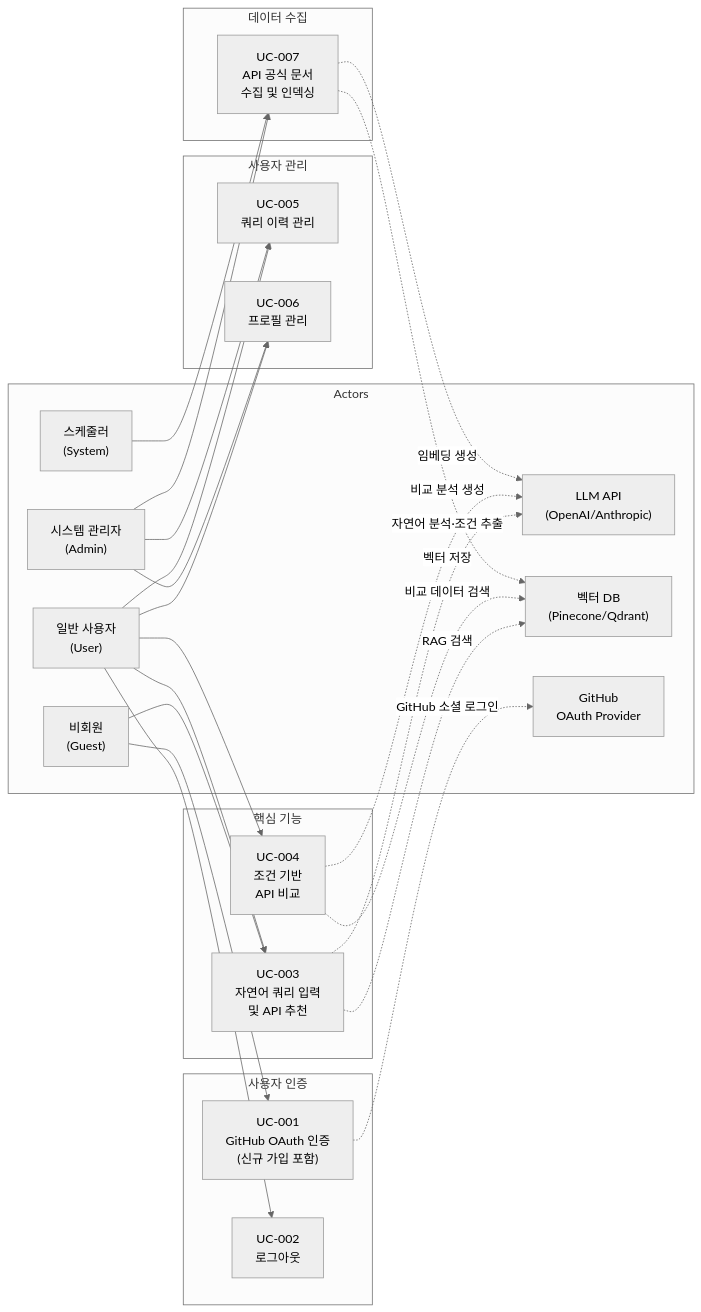
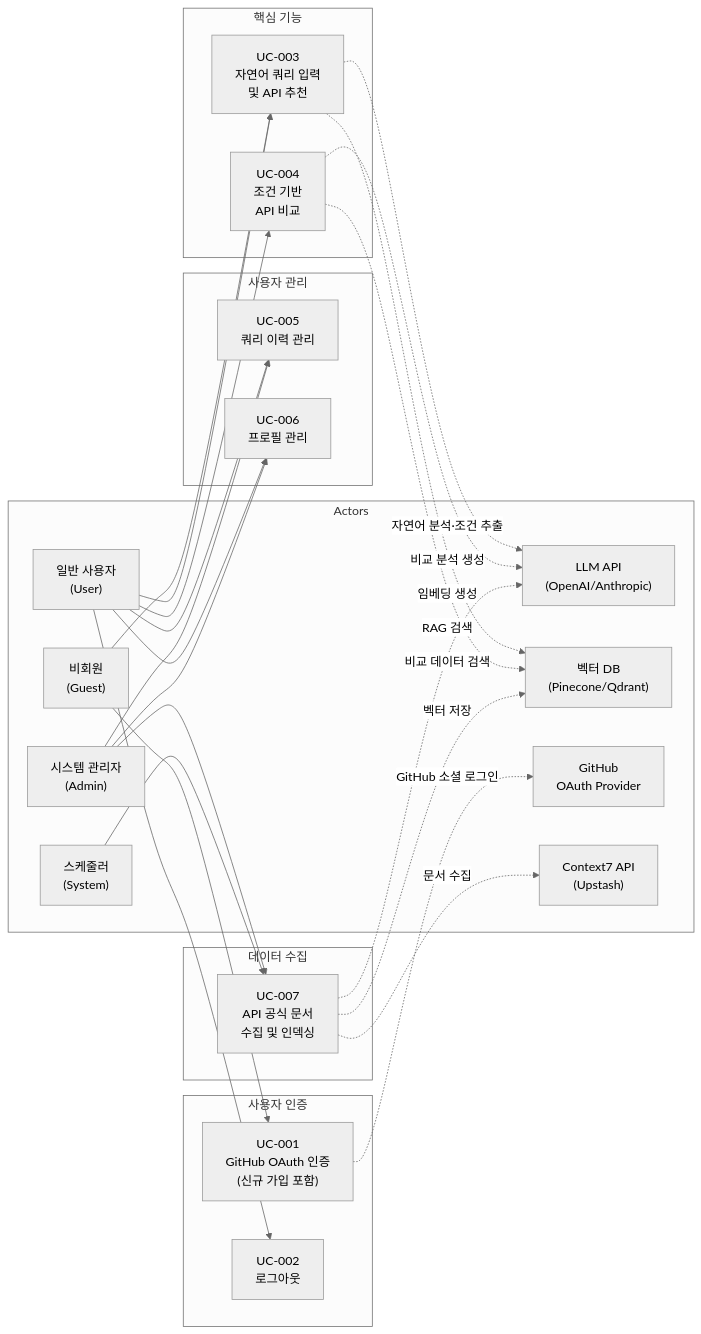
One commit to johunsang/api-intel changed the first of 4 diagrams in docs/01-요구사항분석/유스케이스명세서.md. Above: the diagram before and after it, drawn with Mermaid (neutral theme). The commit also changed other lines of this file and 91 other files, not shown here.

````diff
--- a/docs/01-요구사항분석/유스케이스명세서.md
+++ b/docs/01-요구사항분석/유스케이스명세서.md
@@ -46,54 +47,56 @@
 ```mermaid
 flowchart LR
     subgraph Actors
         GUEST["비회원\n(Guest)"]
         USER["일반 사용자\n(User)"]
         ADMIN["시스템 관리자\n(Admin)"]
         SCHEDULER["스케줄러\n(System)"]
         LLM_API["LLM API\n(OpenAI/Anthropic)"]
         VECTOR_DB["벡터 DB\n(Pinecone/Qdrant)"]
         GITHUB_OAUTH["GitHub\nOAuth Provider"]
+        CONTEXT7["Context7 API\n(Upstash)"]
     end
 
     subgraph "사용자 인증"
         UC001["UC-001\nGitHub OAuth 인증\n(신규 가입 포함)"]
         UC002["UC-002\n로그아웃"]
     end
 
     subgraph "핵심 기능"
         UC003["UC-003\n자연어 쿼리 입력\n및 API 추천"]
         UC004["UC-004\n조건 기반\nAPI 비교"]
     end
 
     subgraph "사용자 관리"
         UC005["UC-005\n쿼리 이력 관리"]
         UC006["UC-006\n프로필 관리"]
     end
 
     subgraph "데이터 수집"
         UC007["UC-007\nAPI 공식 문서\n수집 및 인덱싱"]
     end
 
     GUEST --> UC001
     GUEST --> UC003
 
     USER --> UC002
     USER --> UC003
     USER --> UC004
     USER --> UC005
     USER --> UC006
 
     ADMIN --> UC005
     ADMIN --> UC006
     ADMIN --> UC007
 
     SCHEDULER --> UC007
 
     UC001 -.->|"GitHub 소셜 로그인"| GITHUB_OAUTH
     UC003 -.->|"자연어 분석·조건 추출"| LLM_API
     UC003 -.->|"RAG 검색"| VECTOR_DB
     UC004 -.->|"비교 데이터 검색"| VECTOR_DB
     UC004 -.->|"비교 분석 생성"| LLM_API
     UC007 -.->|"임베딩 생성"| LLM_API
     UC007 -.->|"벡터 저장"| VECTOR_DB
+    UC007 -.->|"문서 수집"| CONTEXT7
 ```
````
